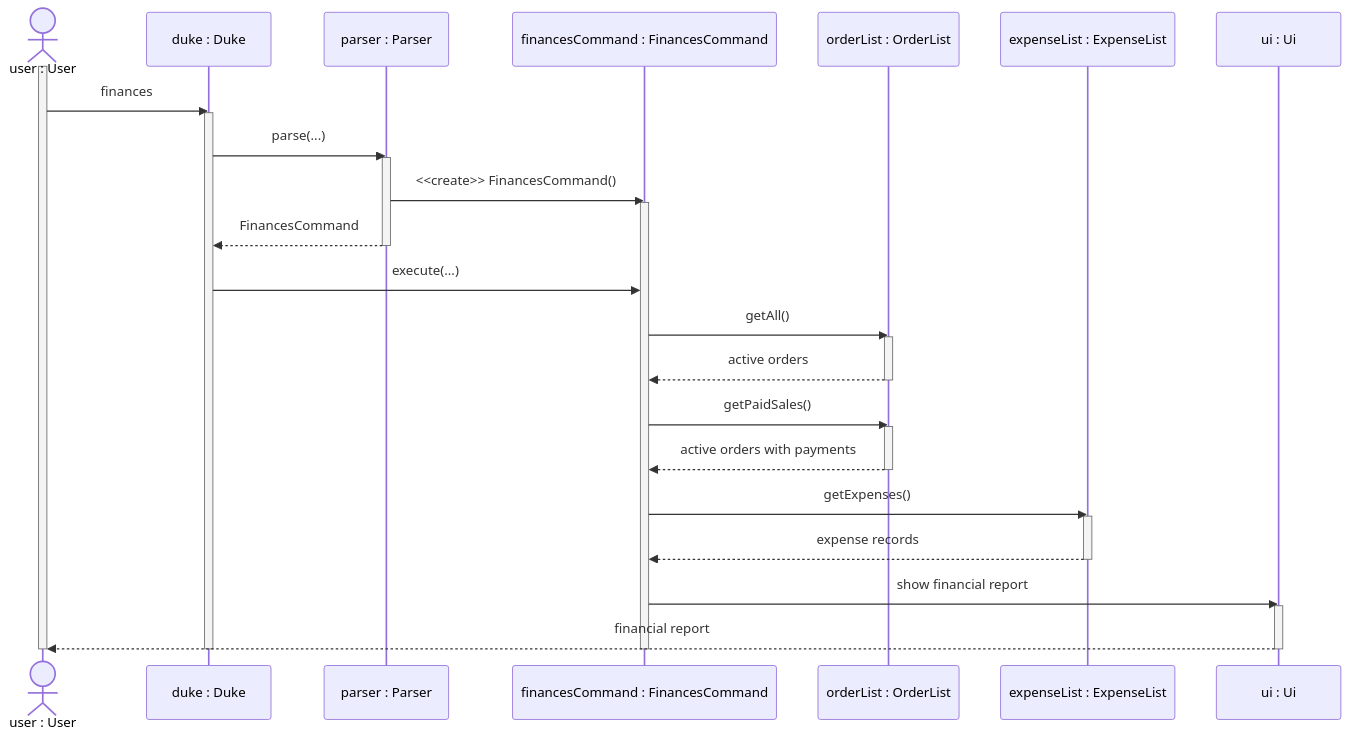
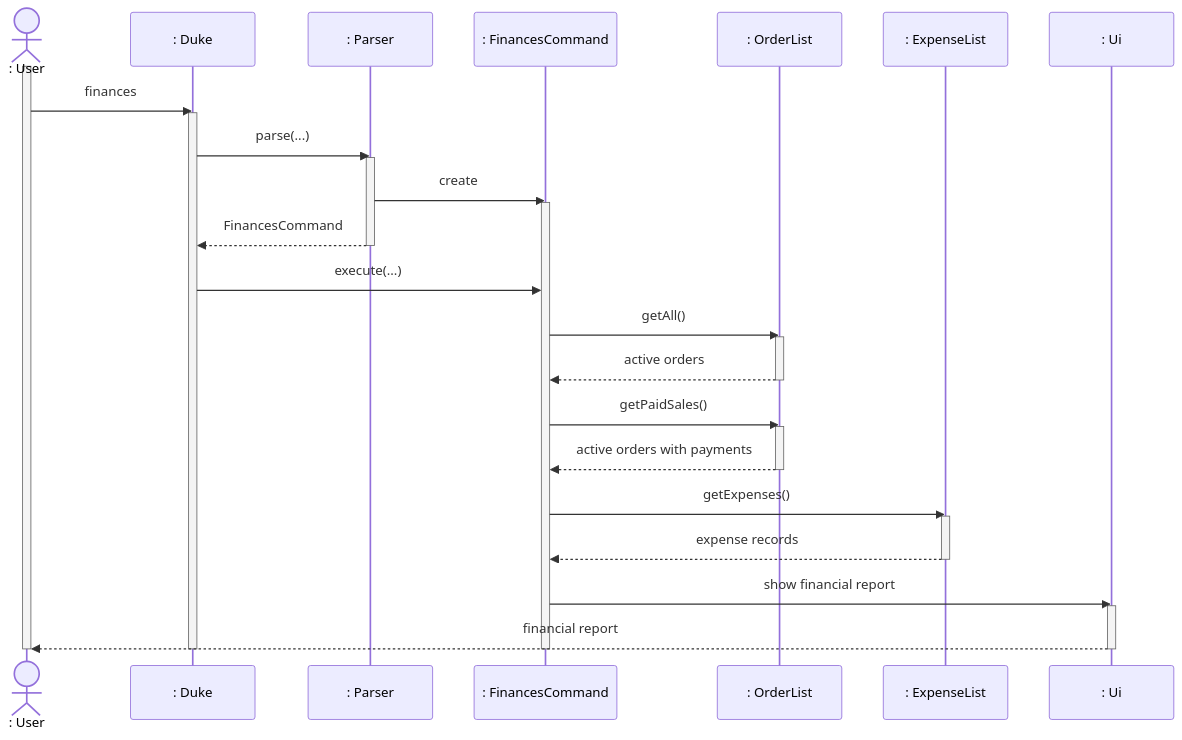
One commit to AY2627S1-CS2113-T11-1/tp changed the diagram in docs/diagrams/finances.mmd. Above: the diagram before and after it, drawn with Mermaid. The commit also changed 5 other files, not shown here.

Commit message:
docs: refine expense sequence diagrams

```diff
--- a/docs/diagrams/finances.mmd
+++ b/docs/diagrams/finances.mmd
@@ -1,38 +1,39 @@
+%%{init: {"themeVariables": {"fontSize": "20px"}}}%%
 sequenceDiagram
-    actor User as user : User
-    participant D as duke : Duke
-    participant P as parser : Parser
-    participant C as financesCommand : FinancesCommand
-    participant O as orderList : OrderList
-    participant E as expenseList : ExpenseList
-    participant U as ui : Ui
+    actor User as : User
+    participant D as : Duke
+    participant P as : Parser
+    participant C as : FinancesCommand
+    participant O as : OrderList
+    participant E as : ExpenseList
+    participant U as : Ui
     activate User
     User->>D: finances
     activate D
     D->>P: parse(...)
     activate P
-    P->>C: <<create>> FinancesCommand()
+    P->>C: create
     activate C
     P-->>D: FinancesCommand
     deactivate P
     D->>C: execute(...)
     C->>O: getAll()
     activate O
     O-->>C: active orders
     deactivate O
     C->>O: getPaidSales()
     activate O
     O-->>C: active orders with payments
     deactivate O
     C->>E: getExpenses()
     activate E
     E-->>C: expense records
     deactivate E
     C->>U: show financial report
     activate U
     U-->>User: financial report
     deactivate U
     deactivate C
     destroy C
     deactivate D
     deactivate User
```
